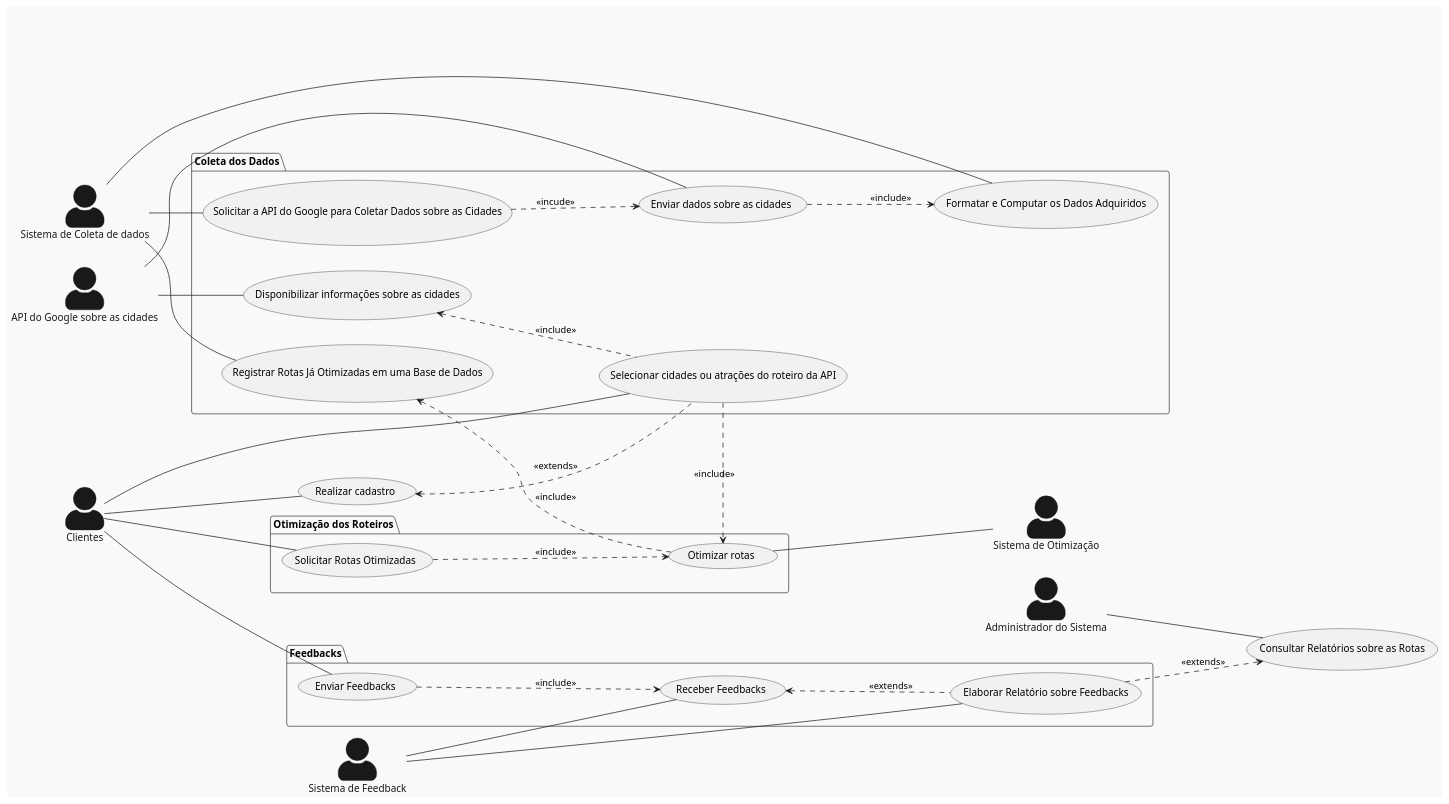
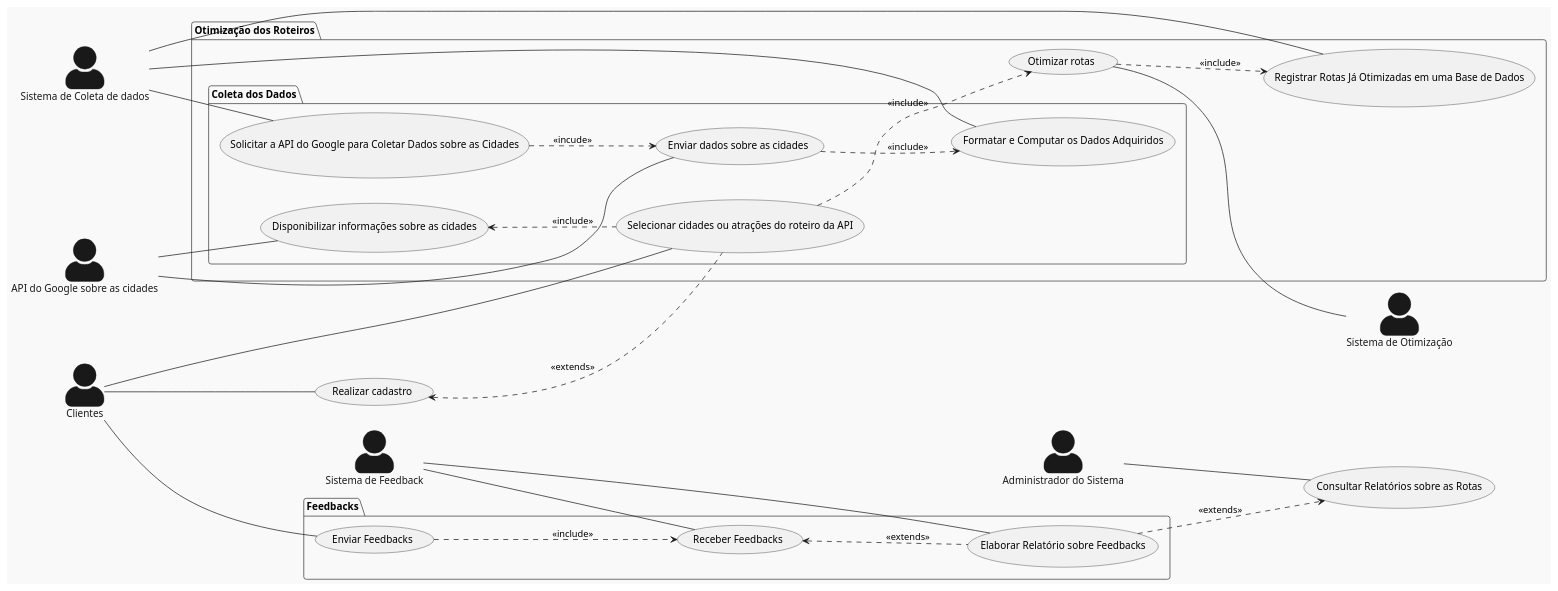
The diagram in Relatório/Semana-1/Diagramas/DCU.md (pedrodilallo/site_turismo_SIG), drawn with PlantUML before and after one commit. The commit also changed 1 other file, not shown here.

Commit message:
Mais correções DCU

```diff
--- a/Relatório/Semana-1/Diagramas/DCU.md
+++ b/Relatório/Semana-1/Diagramas/DCU.md
@@ -1,67 +1,67 @@
 @startuml
 skinparam actorStyle awesome
 !theme mars
 left to right direction
 
 actor "Clientes" as cliente
 actor "API do Google sobre as cidades" as API
 actor "Sistema de Otimização" as  otimizador
 actor "Administrador do Sistema" as sys_admin
 actor "Sistema de Feedback" as feedback
 actor "Sistema de Coleta de dados" as coletador
 
 cliente -- (Realizar cadastro)
 
 
-package "Coleta dos Dados"{
-cliente -- (Selecionar cidades ou atrações do roteiro da API)
-
-coletador -- (Solicitar a API do Google para Coletar Dados sobre as Cidades)
-coletador -- (Registrar Rotas Já Otimizadas em uma Base de Dados)
-coletador -- (Formatar e Computar os Dados Adquiridos)
-API -- (Enviar dados sobre as cidades)
-API -- (Disponibilizar informações sobre as cidades)
-(Disponibilizar informações sobre as cidades) <.. (Selecionar cidades ou atrações do roteiro da API) : <<include>>
-
-
-
-}
 
 
 package "Otimização dos Roteiros"{
-cliente -- (Solicitar Rotas Otimizadas)
+
+
 (Otimizar rotas) -- otimizador 
-(Solicitar Rotas Otimizadas) ..> (Otimizar rotas) : <<include>>
-(Selecionar cidades ou atrações do roteiro da API) ..> (Otimizar rotas): <<include>>
-(Solicitar a API do Google para Coletar Dados sobre as Cidades) ..> (Enviar dados sobre as cidades) : <<incude>>
 (Otimizar rotas) ..> (Registrar Rotas Já Otimizadas em uma Base de Dados) : <<include>>
+
+    package "Coleta dos Dados"{
+        cliente -- (Selecionar cidades ou atrações do roteiro da API)
+        (Selecionar cidades ou atrações do roteiro da API) ..> (Otimizar rotas): <<include>>
+        (Solicitar a API do Google para Coletar Dados sobre as Cidades) ..> (Enviar dados sobre as cidades) : <<incude>>
+        coletador -- (Solicitar a API do Google para Coletar Dados sobre as Cidades)
+        coletador -- (Registrar Rotas Já Otimizadas em uma Base de Dados)
+        coletador -- (Formatar e Computar os Dados Adquiridos)
+        API -- (Enviar dados sobre as cidades)
+        API -- (Disponibilizar informações sobre as cidades)
+        (Disponibilizar informações sobre as cidades) <.. (Selecionar cidades ou atrações do roteiro da API) : <<include>>
+
+    }
+
+
 
 }
 
 
 
 sys_admin -- (Consultar Relatórios sobre as Rotas)
 
 
 
 
 (Realizar cadastro) <.. (Selecionar cidades ou atrações do roteiro da API) : <<extends>>
 (Enviar dados sobre as cidades) ..> (Formatar e Computar os Dados Adquiridos) : <<include>>
 
 
 package "Feedbacks"{
 
 (Enviar Feedbacks) ..> (Receber Feedbacks) : <<include>>
 (Receber Feedbacks) <.. (Elaborar Relatório sobre Feedbacks) : <<extends>>
 (Elaborar Relatório sobre Feedbacks) ..> (Consultar Relatórios sobre as Rotas) : <<extends>>
 cliente -- (Enviar Feedbacks)
 feedback -- (Receber Feedbacks)
 feedback -- (Elaborar Relatório sobre Feedbacks)
 
 
 
 }
 
 
 
 @enduml
```
